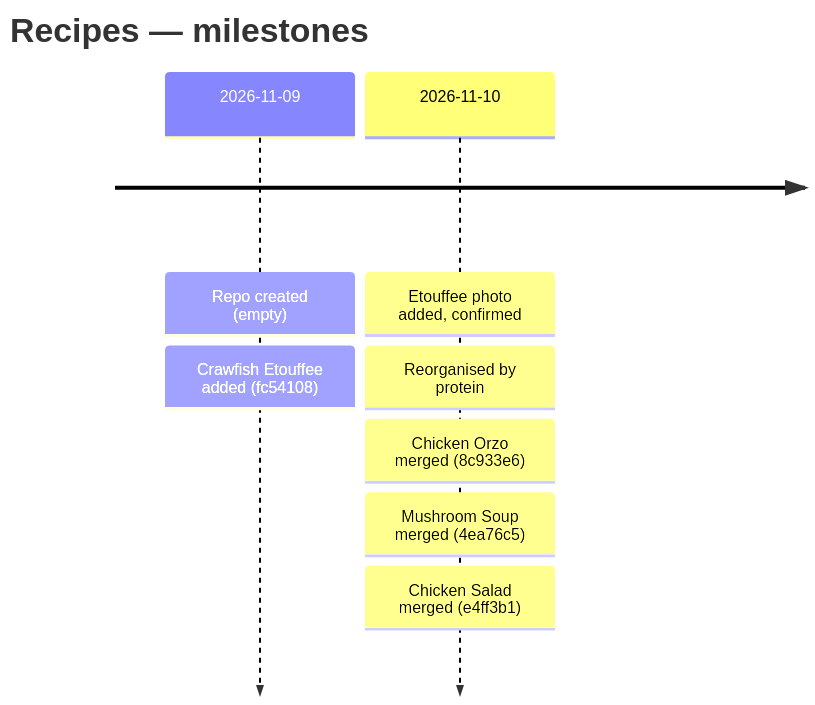
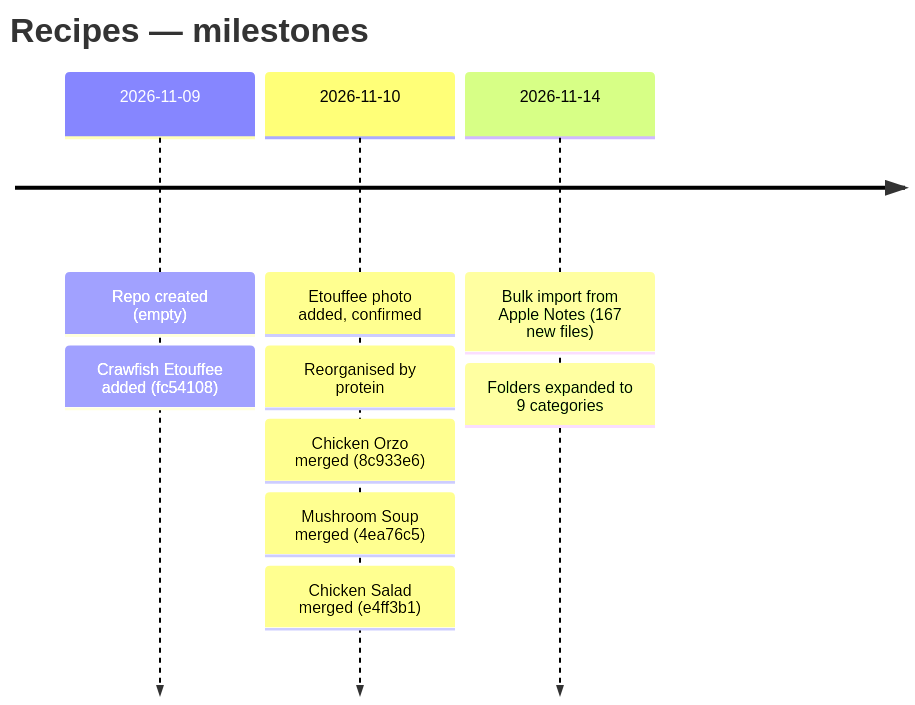
The first of 2 diagrams in README.md (chknfrdstk/Recipes), drawn with Mermaid before and after one commit. The commit also changed other lines of this file and 167 other files, not shown here.

Commit message:
Bulk import 167 recipes from Apple Notes, expand folders, update changelog

````diff
--- a/README.md
+++ b/README.md
@@ -22,11 +28,13 @@
 ```mermaid
 timeline
     title Recipes — milestones
     2026-11-09 : Repo created (empty)
                : Crawfish Etouffee added (fc54108)
     2026-11-10 : Etouffee photo added, confirmed
                : Reorganised by protein
                : Chicken Orzo merged (8c933e6)
                : Mushroom Soup merged (4ea76c5)
                : Chicken Salad merged (e4ff3b1)
+    2026-11-14 : Bulk import from Apple Notes (167 new files)
+               : Folders expanded to 9 categories
 ```
````
